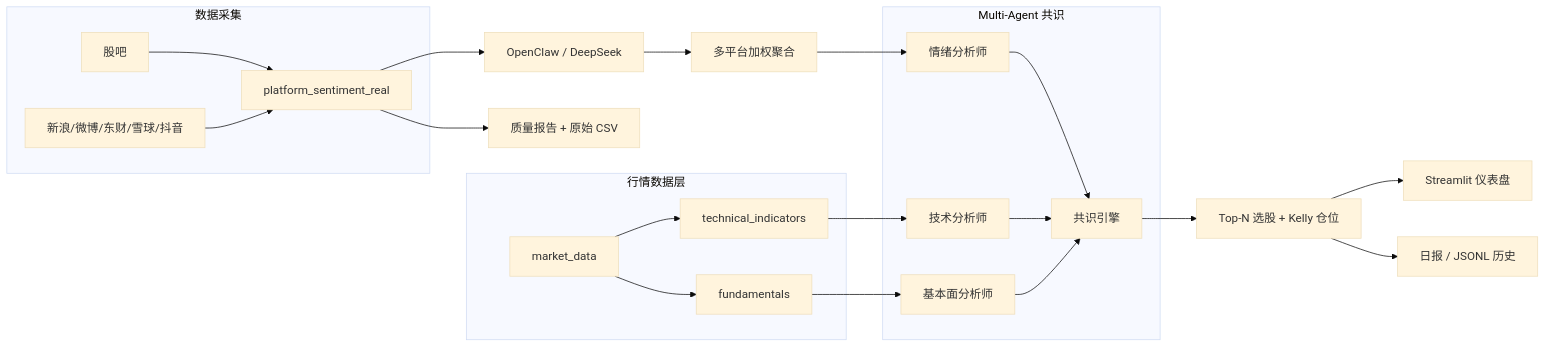
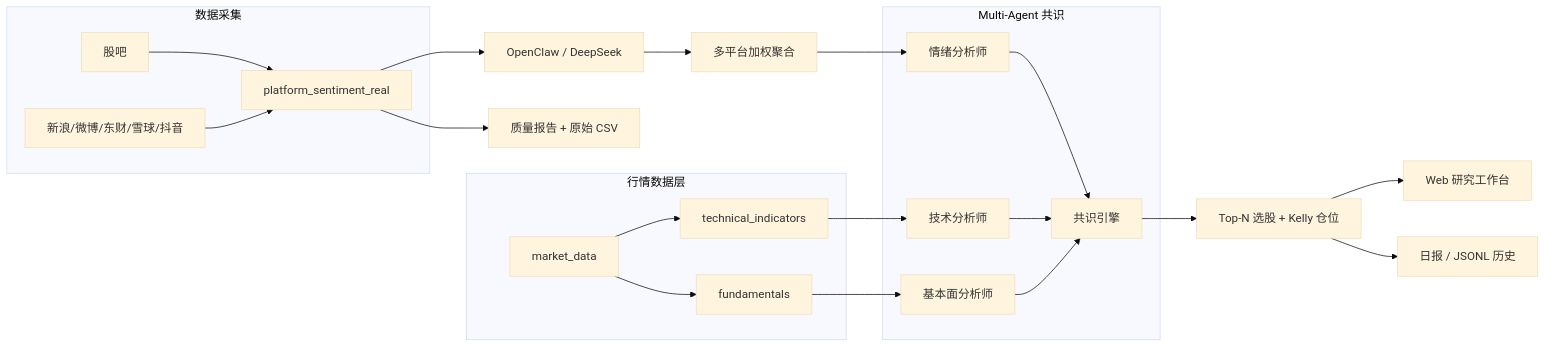
The diagram in README.md (yixi1951/OpinionTradingWorkflow), drawn with Mermaid (base theme) before and after one commit. The commit also changed other lines of this file and 53 other files, not shown here.

````diff
--- a/README.md
+++ b/README.md
@@ -66,34 +66,34 @@
 ```mermaid
 flowchart LR
     subgraph ingest [数据采集]
         P1[股吧] --> R[platform_sentiment_real]
         P2[新浪/微博/东财/雪球/抖音] --> R
     end
     R --> Q[质量报告 + 原始 CSV]
     R --> OC[OpenClaw / DeepSeek]
     OC --> AGG[多平台加权聚合]
 
     subgraph market [行情数据层]
         MD[market_data]
         TI[technical_indicators]
         FD[fundamentals]
     end
 
     subgraph consensus [Multi-Agent 共识]
         SENT[情绪分析师]
         TECH[技术分析师]
         FUND[基本面分析师]
         CE[共识引擎]
         SENT --> CE
         TECH --> CE
         FUND --> CE
     end
 
     AGG --> SENT
     MD --> TI --> TECH
     MD --> FD --> FUND
 
     CE --> PICK[Top-N 选股 + Kelly 仓位]
-    PICK --> UI[Streamlit 仪表盘]
+    PICK --> UI[Web 研究工作台]
     PICK --> REP[日报 / JSONL 历史]
 ```
````
